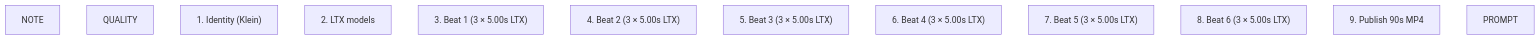
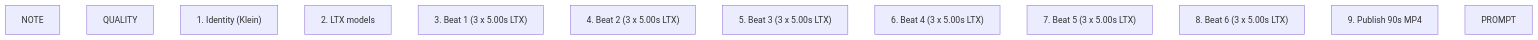
Before and after one commit to toxicoder/ez-comfy-stack: the diagram in docs/generated/workflows/films/breakwater/act-01.md, drawn with Mermaid. The commit also changed other lines of this file and 1894 other files, not shown here.

````diff
--- a/docs/generated/workflows/films/breakwater/act-01.md
+++ b/docs/generated/workflows/films/breakwater/act-01.md
@@ -64,15 +64,15 @@
 ```mermaid
 flowchart TB
   GNOTE["NOTE"]
   GQUALITY["QUALITY"]
   G1__Identity__Klein_["1. Identity (Klein)"]
   G2__LTX_models["2. LTX models"]
-  G3__Beat_1__3___5_00s_LTX_["3. Beat 1 (3 × 5.00s LTX)"]
-  G4__Beat_2__3___5_00s_LTX_["4. Beat 2 (3 × 5.00s LTX)"]
-  G5__Beat_3__3___5_00s_LTX_["5. Beat 3 (3 × 5.00s LTX)"]
-  G6__Beat_4__3___5_00s_LTX_["6. Beat 4 (3 × 5.00s LTX)"]
-  G7__Beat_5__3___5_00s_LTX_["7. Beat 5 (3 × 5.00s LTX)"]
-  G8__Beat_6__3___5_00s_LTX_["8. Beat 6 (3 × 5.00s LTX)"]
+  G3__Beat_1__3_x_5_00s_LTX_["3. Beat 1 (3 x 5.00s LTX)"]
+  G4__Beat_2__3_x_5_00s_LTX_["4. Beat 2 (3 x 5.00s LTX)"]
+  G5__Beat_3__3_x_5_00s_LTX_["5. Beat 3 (3 x 5.00s LTX)"]
+  G6__Beat_4__3_x_5_00s_LTX_["6. Beat 4 (3 x 5.00s LTX)"]
+  G7__Beat_5__3_x_5_00s_LTX_["7. Beat 5 (3 x 5.00s LTX)"]
+  G8__Beat_6__3_x_5_00s_LTX_["8. Beat 6 (3 x 5.00s LTX)"]
   G9__Publish_90s_MP4["9. Publish 90s MP4"]
   GPROMPT["PROMPT"]
 ```
````
